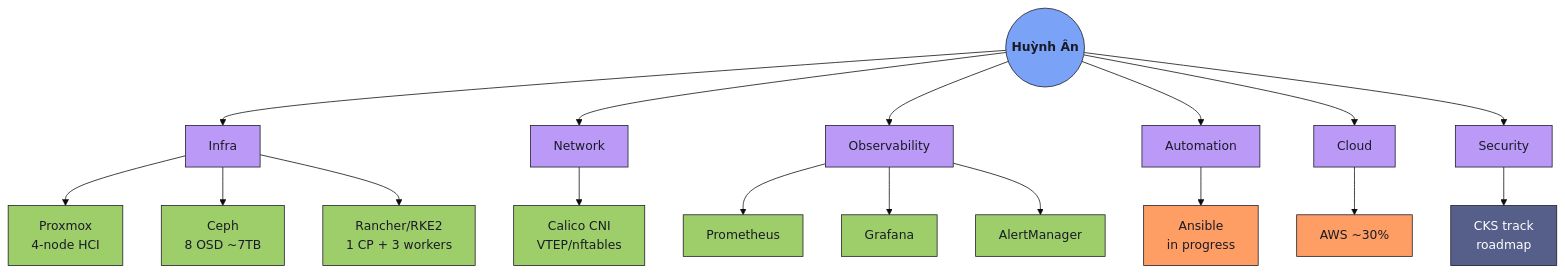
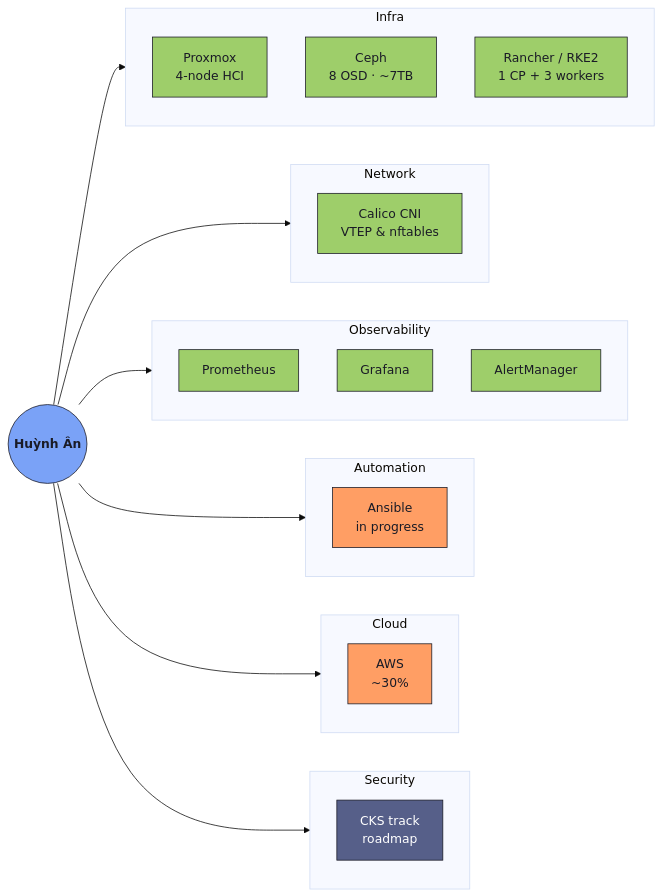
Before and after one commit to Under-Taker1812/Under-Taker1812: the diagram in README.md, drawn with Mermaid (base theme). The commit also changed other lines of this file, not shown here.

````diff
--- a/README.md
+++ b/README.md
@@ -45,32 +76,50 @@
 ```mermaid
-graph TD
-    ME((Huỳnh Ân)):::me
-    ME --> INFRA[Infra]:::cat
-    ME --> NET[Network]:::cat
-    ME --> OBS[Observability]:::cat
-    ME --> AUTO[Automation]:::cat
-    ME --> CLOUD[Cloud]:::cat
-    ME --> SEC[Security]:::cat
+graph LR
+    ME(("Huỳnh Ân")):::me
 
-    INFRA --> PROXMOX["Proxmox<br/>4-node HCI"]:::prod
-    INFRA --> CEPH["Ceph<br/>8 OSD ~7TB"]:::prod
-    INFRA --> RANCHER["Rancher/RKE2<br/>1 CP + 3 workers"]:::prod
+    subgraph INFRA[" Infra "]
+        direction TB
+        PROXMOX["Proxmox<br/>4-node HCI"]:::prod
+        CEPH["Ceph<br/>8 OSD · ~7TB"]:::prod
+        RANCHER["Rancher / RKE2<br/>1 CP + 3 workers"]:::prod
+    end
 
-    NET --> CALICO["Calico CNI<br/>VTEP/nftables"]:::prod
+    subgraph NET[" Network "]
+        direction TB
+        CALICO["Calico CNI<br/>VTEP & nftables"]:::prod
+    end
 
-    OBS --> PROM[Prometheus]:::prod
-    OBS --> GRAF[Grafana]:::prod
-    OBS --> ALERT[AlertManager]:::prod
+    subgraph OBS[" Observability "]
+        direction TB
+        PROM["Prometheus"]:::prod
+        GRAF["Grafana"]:::prod
+        ALERT["AlertManager"]:::prod
+    end
 
-    AUTO --> ANSIBLE["Ansible<br/>in progress"]:::learn
+    subgraph AUTO[" Automation "]
+        direction TB
+        ANSIBLE["Ansible<br/>in progress"]:::learn
+    end
 
-    CLOUD --> AWS["AWS ~30%"]:::learn
+    subgraph CLOUD[" Cloud "]
+        direction TB
+        AWS["AWS<br/>~30%"]:::learn
+    end
 
-    SEC --> CKS["CKS track<br/>roadmap"]:::plan
+    subgraph SEC[" Security "]
+        direction TB
+        CKS["CKS track<br/>roadmap"]:::plan
+    end
 
-    classDef me fill:#7aa2f7,stroke:#1a1b26,color:#1a1b26,font-weight:bold
-    classDef cat fill:#bb9af7,stroke:#1a1b26,color:#1a1b26
+    ME --> INFRA
+    ME --> NET
+    ME --> OBS
+    ME --> AUTO
+    ME --> CLOUD
+    ME --> SEC
+
+    classDef me fill:#7aa2f7,stroke:#1a1b26,color:#1a1b26,font-weight:bold,font-size:16px
     classDef prod fill:#9ece6a,stroke:#1a1b26,color:#1a1b26
     classDef learn fill:#ff9e64,stroke:#1a1b26,color:#1a1b26
     classDef plan fill:#565f89,stroke:#1a1b26,color:#ffffff
 ```
````
